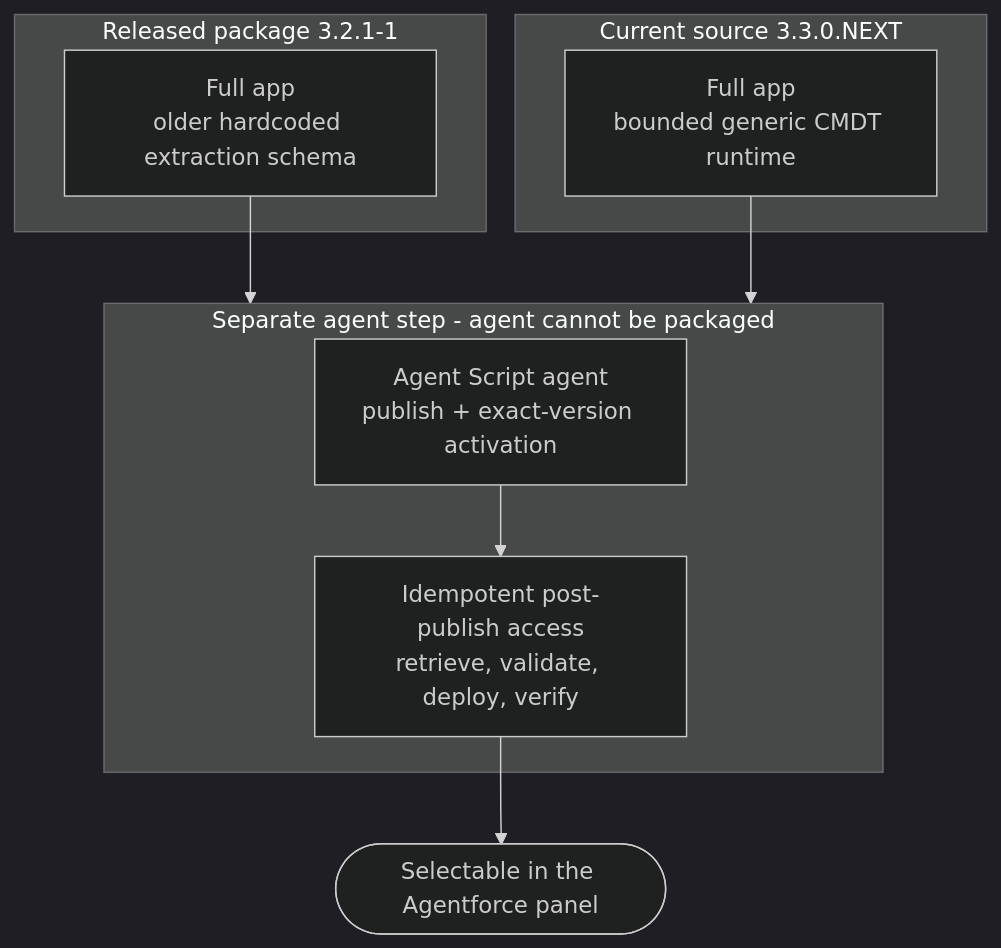
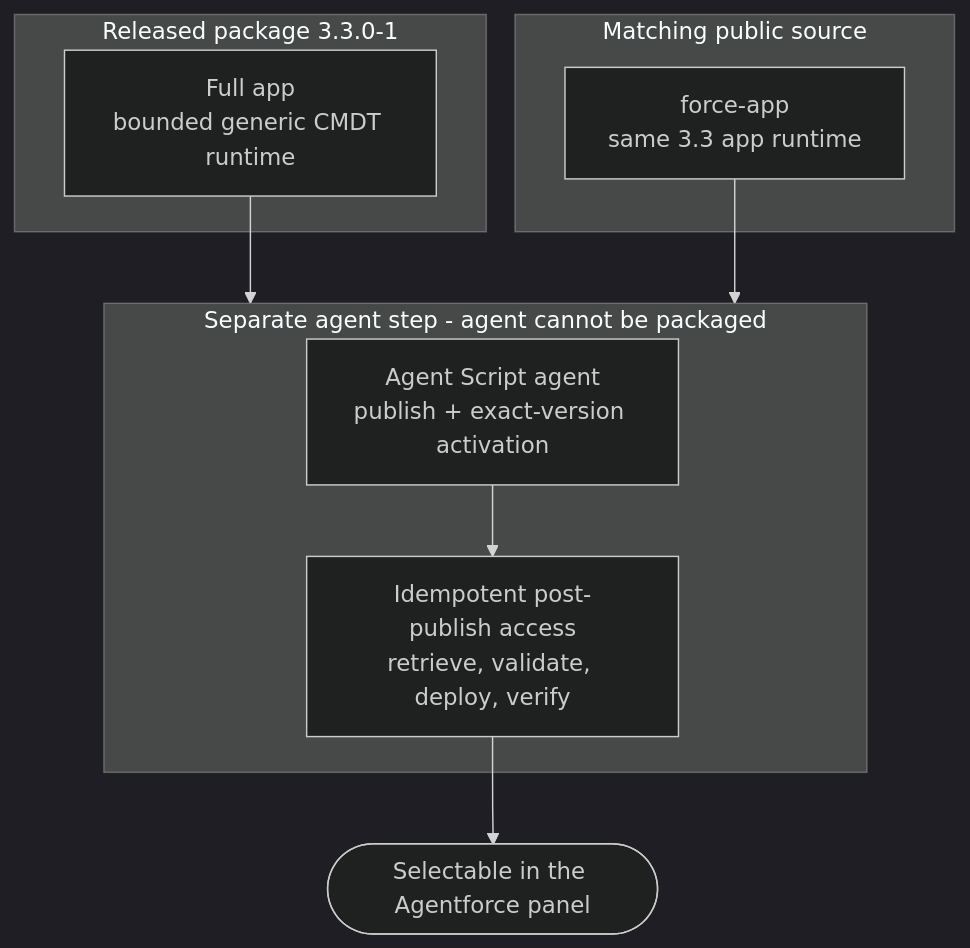
Before and after one commit to salesforce/Resume_Parser: the sixth of 6 diagrams in RESUME_PARSER_ARCHITECTURE.md, drawn with Mermaid (dark theme). The commit also changed other lines of this file and 5 other files, not shown here.

````diff
--- a/RESUME_PARSER_ARCHITECTURE.md
+++ b/RESUME_PARSER_ARCHITECTURE.md
@@ -241,17 +240,17 @@
 ```mermaid
 flowchart TD
-    subgraph RELEASED [Released package 3.2.1-1]
-      OLD[Full app<br/>older hardcoded extraction schema]
+    subgraph RELEASED [Released package 3.3.0-1]
+      PKG[Full app<br/>bounded generic CMDT runtime]
     end
-    subgraph SOURCE [Current source 3.3.0.NEXT]
-      GENERIC[Full app<br/>bounded generic CMDT runtime]
+    subgraph SOURCE [Matching public source]
+      GENERIC[force-app<br/>same 3.3 app runtime]
     end
     subgraph STEP [Separate agent step - agent cannot be packaged]
       AGENT[Agent Script agent<br/>publish + exact-version activation]
       ACCESS[Idempotent post-publish access<br/>retrieve, validate, deploy, verify]
       AGENT --> ACCESS
     end
-    OLD --> STEP
+    PKG --> STEP
     GENERIC --> STEP
     ACCESS --> LIVE([Selectable in the Agentforce panel])
 ```
````
